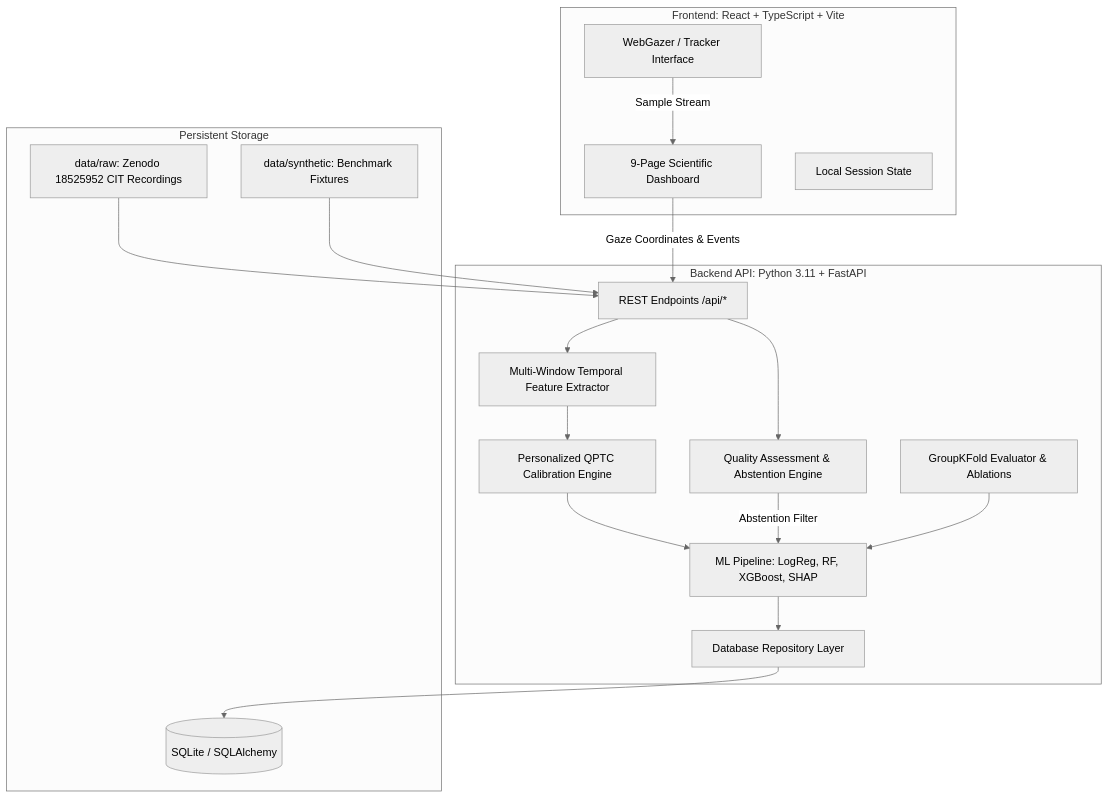
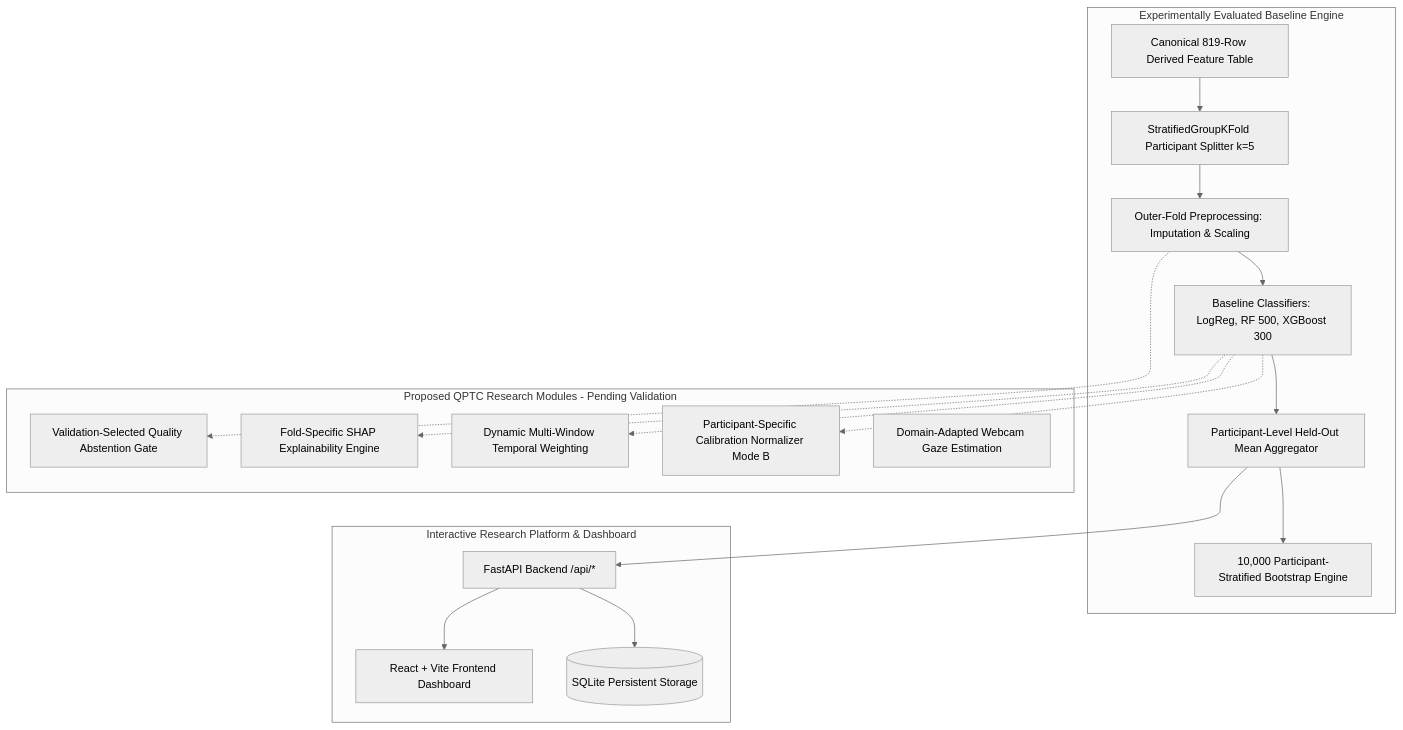
The diagram in docs/architecture.md (surendhar28/Quality-Aware-Personalized-Temporal-Calibration-for-Concealed-Recognition-Analysis), drawn with Mermaid (neutral theme) before and after one commit. The commit also changed other lines of this file and 82 other files, not shown here.

Commit message:
feat: release Revision 12 reproducible research benchmark with 11-feature baseline and verified outputs

````diff
--- a/docs/architecture.md
+++ b/docs/architecture.md
@@ -7,37 +7,40 @@
 ```mermaid
 graph TD
-    subgraph Browser Client [Frontend: React + TypeScript + Vite]
-        UI[9-Page Scientific Dashboard]
-        Tracker[WebGazer / Tracker Interface]
-        State[Local Session State]
+    subgraph Evaluated [Experimentally Evaluated Baseline Engine]
+        DataIn[Canonical 819-Row Derived Feature Table]
+        Splitter[StratifiedGroupKFold Participant Splitter k=5]
+        Preproc[Outer-Fold Preprocessing: Imputation & Scaling]
+        Classifiers[Baseline Classifiers: LogReg, RF 500, XGBoost 300]
+        Aggregator[Participant-Level Held-Out Mean Aggregator]
+        Bootstrap[10,000 Participant-Stratified Bootstrap Engine]
     end
 
-    subgraph FastAPIService [Backend API: Python 3.11 + FastAPI]
-        API[REST Endpoints /api/*]
-        Quality[Quality Assessment & Abstention Engine]
-        FeatureEng[Multi-Window Temporal Feature Extractor]
-        Calib[Personalized QPTC Calibration Engine]
-        ML[ML Pipeline: LogReg, RF, XGBoost, SHAP]
-        Eval[GroupKFold Evaluator & Ablations]
-        Repo[Database Repository Layer]
+    subgraph Proposed [Proposed QPTC Research Modules - Pending Validation]
+        NormEngine[Participant-Specific Calibration Normalizer Mode B]
+        AbstainGate[Validation-Selected Quality Abstention Gate]
+        WindowWeighter[Dynamic Multi-Window Temporal Weighting]
+        FoldSHAP[Fold-Specific SHAP Explainability Engine]
+        WebcamAdapt[Domain-Adapted Webcam Gaze Estimation]
     end
 
-    subgraph Storage [Persistent Storage]
-        DB[(SQLite / SQLAlchemy)]
-        RawData[data/raw: Zenodo 18525952 CIT Recordings]
-        SynthData[data/synthetic: Benchmark Fixtures]
+    subgraph AppPlatform [Interactive Research Platform & Dashboard]
+        API[FastAPI Backend /api/*]
+        DB[(SQLite Persistent Storage)]
+        UI[React + Vite Frontend Dashboard]
     end
 
-    UI -->|Gaze Coordinates & Events| API
-    Tracker -->|Sample Stream| UI
-    API --> Quality
-    API --> FeatureEng
-    FeatureEng --> Calib
-    Calib --> ML
-    ML --> Repo
-    Quality -->|Abstention Filter| ML
-    Eval --> ML
-    Repo --> DB
-    RawData --> API
-    SynthData --> API
+    DataIn --> Splitter
+    Splitter --> Preproc
+    Preproc --> Classifiers
+    Classifiers --> Aggregator
+    Aggregator --> Bootstrap
+
+    Classifiers -.-> NormEngine
+    Preproc -.-> AbstainGate
+    Classifiers -.-> WindowWeighter
+    Classifiers -.-> FoldSHAP
+
+    Aggregator --> API
+    API --> DB
+    API --> UI
 ```
````
